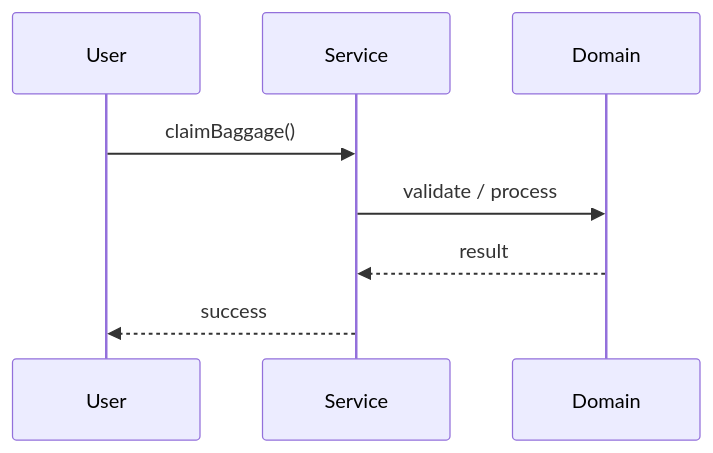
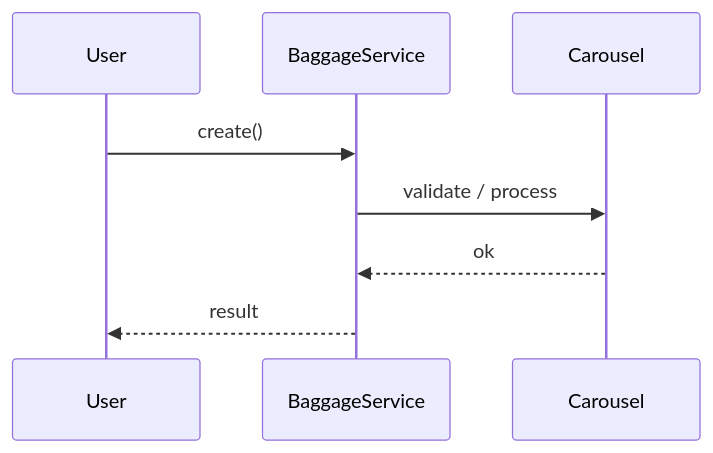
Before and after one commit to madhupaila/Interview-Prep-SSE: the second of 3 diagrams in Learn/System Design - Low Level Design/02-classic-ood/questions/Q56-baggage-carousel.md, drawn with Mermaid. The commit also changed other lines of this file and 491 other files, not shown here.

````diff
--- a/Learn/System Design - Low Level Design/02-classic-ood/questions/Q56-baggage-carousel.md
+++ b/Learn/System Design - Low Level Design/02-classic-ood/questions/Q56-baggage-carousel.md
@@ -122,10 +147,10 @@
 ```mermaid
 sequenceDiagram
-    participant U as User
-    participant S as Service
-    participant D as Domain
-    U->>S: claimBaggage()
-    S->>D: validate / process
-    D-->>S: result
-    S-->>U: success
+participant U as User
+participant S as BaggageService
+participant D as Carousel
+U->>S: create()
+S->>D: validate / process
+D-->>S: ok
+S-->>U: result
 ```
````
